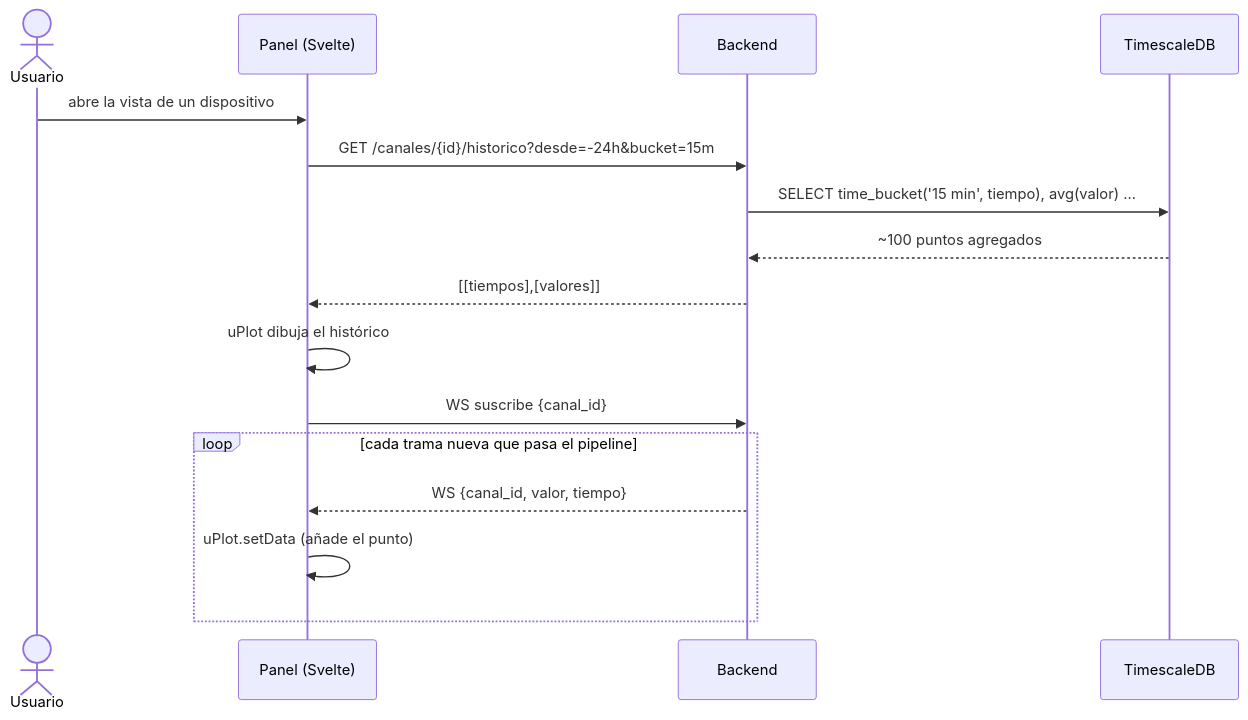
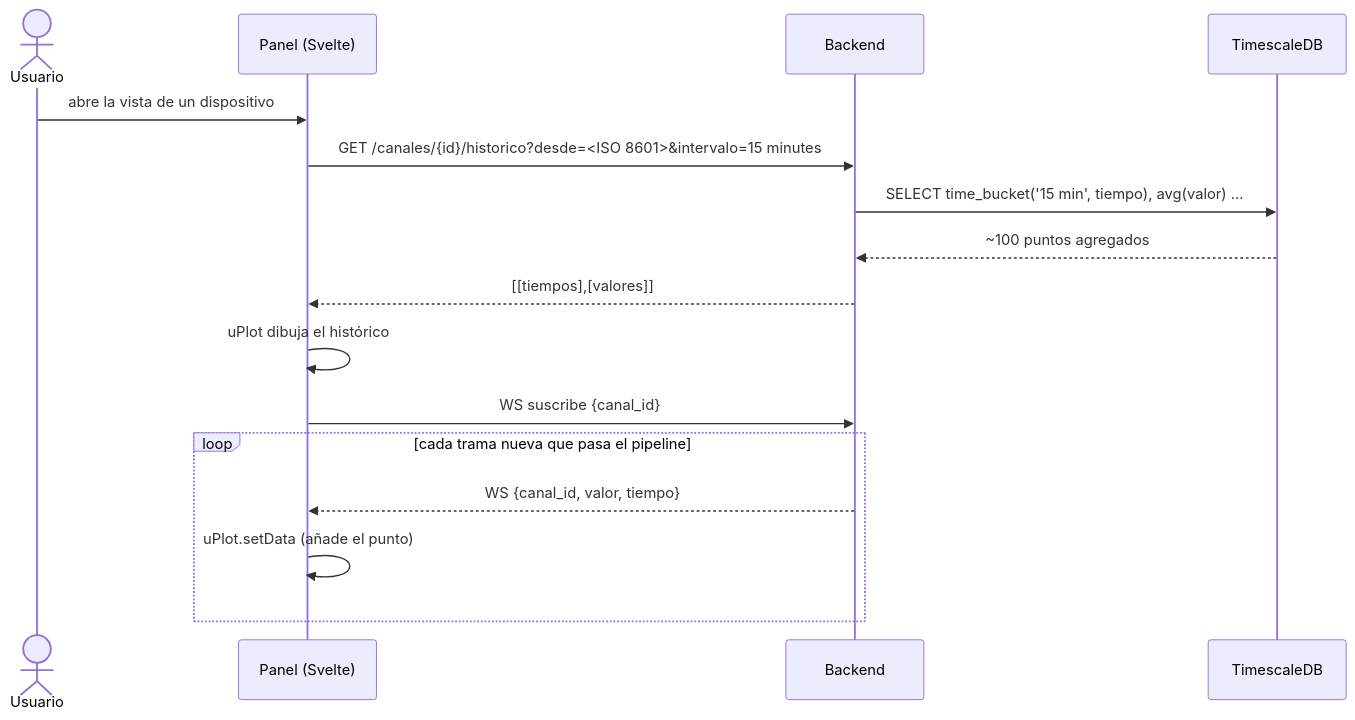
The diagram in informe-oficial/figuras/mermaid/sec-tiemporeal.mmd (vicenterami/tesis), drawn with Mermaid before and after one commit. The commit also changed 7 other files, not shown here.

```diff
--- a/informe-oficial/figuras/mermaid/sec-tiemporeal.mmd
+++ b/informe-oficial/figuras/mermaid/sec-tiemporeal.mmd
@@ -1,17 +1,17 @@
 sequenceDiagram
     actor U as Usuario
     participant FE as Panel (Svelte)
     participant API as Backend
     participant DB as TimescaleDB
 
     U->>FE: abre la vista de un dispositivo
-    FE->>API: GET /canales/{id}/historico?desde=-24h&bucket=15m
+    FE->>API: GET /canales/{id}/historico?desde=<ISO 8601>&intervalo=15 minutes
     API->>DB: SELECT time_bucket('15 min', tiempo), avg(valor) …
     DB-->>API: ~100 puntos agregados
     API-->>FE: [[tiempos],[valores]]
     FE->>FE: uPlot dibuja el histórico
     FE->>API: WS suscribe {canal_id}
     loop cada trama nueva que pasa el pipeline
         API-->>FE: WS {canal_id, valor, tiempo}
         FE->>FE: uPlot.setData (añade el punto)
     end
```
